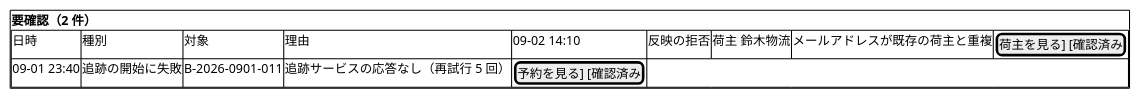
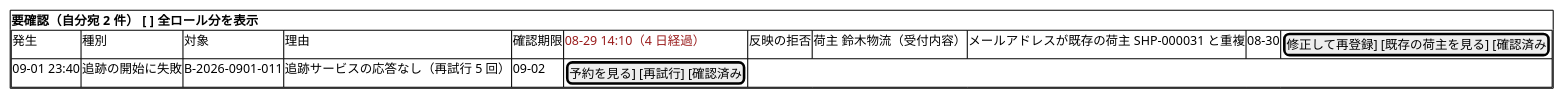
One commit to k2works/case-study-cargo-tracker changed diagram 16 of 20 in docs/design/cargo-tracker/ui_design.md. Above: the diagram before and after it, drawn with PlantUML. The commit also changed other lines of this file and 18 other files, not shown here.

````diff
--- a/docs/design/cargo-tracker/ui_design.md
+++ b/docs/design/cargo-tracker/ui_design.md
@@ -542,12 +719,12 @@
 ```plantuml
 @startsalt
 {+
-  <b>要確認（2 件）
+  <b>要確認（自分宛 2 件）  [ ] 全ロール分を表示
   {#
-    日時 | 種別 | 対象 | 理由 | 
-    09-02 14:10 | 反映の拒否 | 荷主 鈴木物流 | メールアドレスが既存の荷主と重複 | [荷主を見る] [確認済み]
-    09-01 23:40 | 追跡の開始に失敗 | B-2026-0901-011 | 追跡サービスの応答なし（再試行 5 回） | [予約を見る] [確認済み]
+    発生 | 種別 | 対象 | 理由 | 確認期限 |
+    <color:#991B1B>08-29 14:10（4 日経過）</color> | 反映の拒否 | 荷主 鈴木物流（受付内容） | メールアドレスが既存の荷主 SHP-000031 と重複 | 08-30 | [修正して再登録] [既存の荷主を見る] [確認済み]
+    09-01 23:40 | 追跡の開始に失敗 | B-2026-0901-011 | 追跡サービスの応答なし（再試行 5 回） | 09-02 | [予約を見る] [再試行] [確認済み]
   }
 }
 @endsalt
 ```
````
